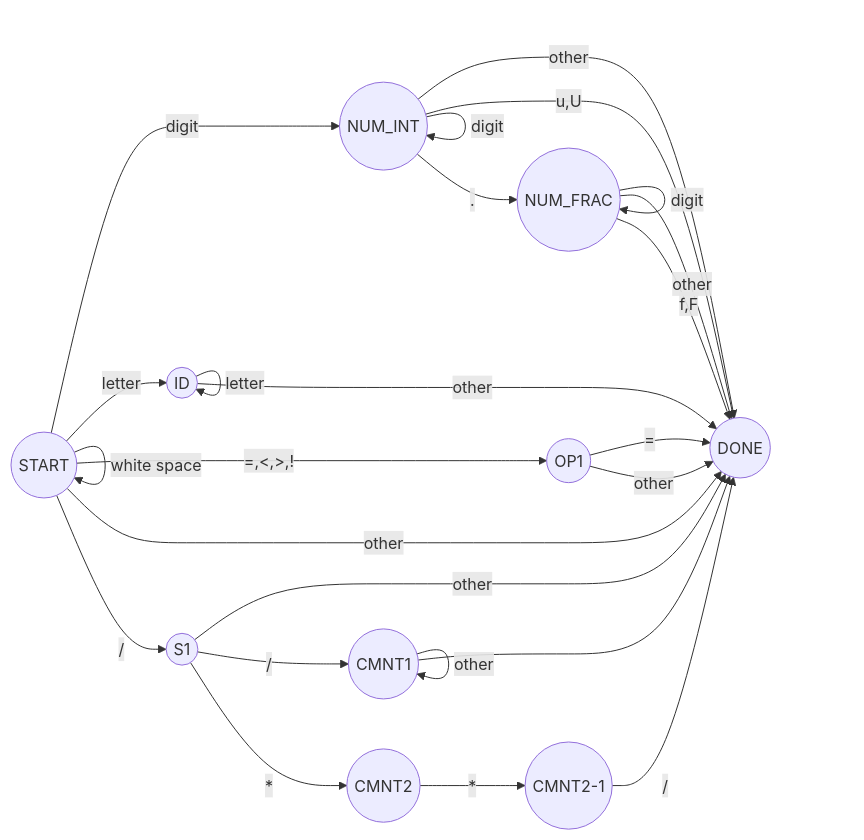
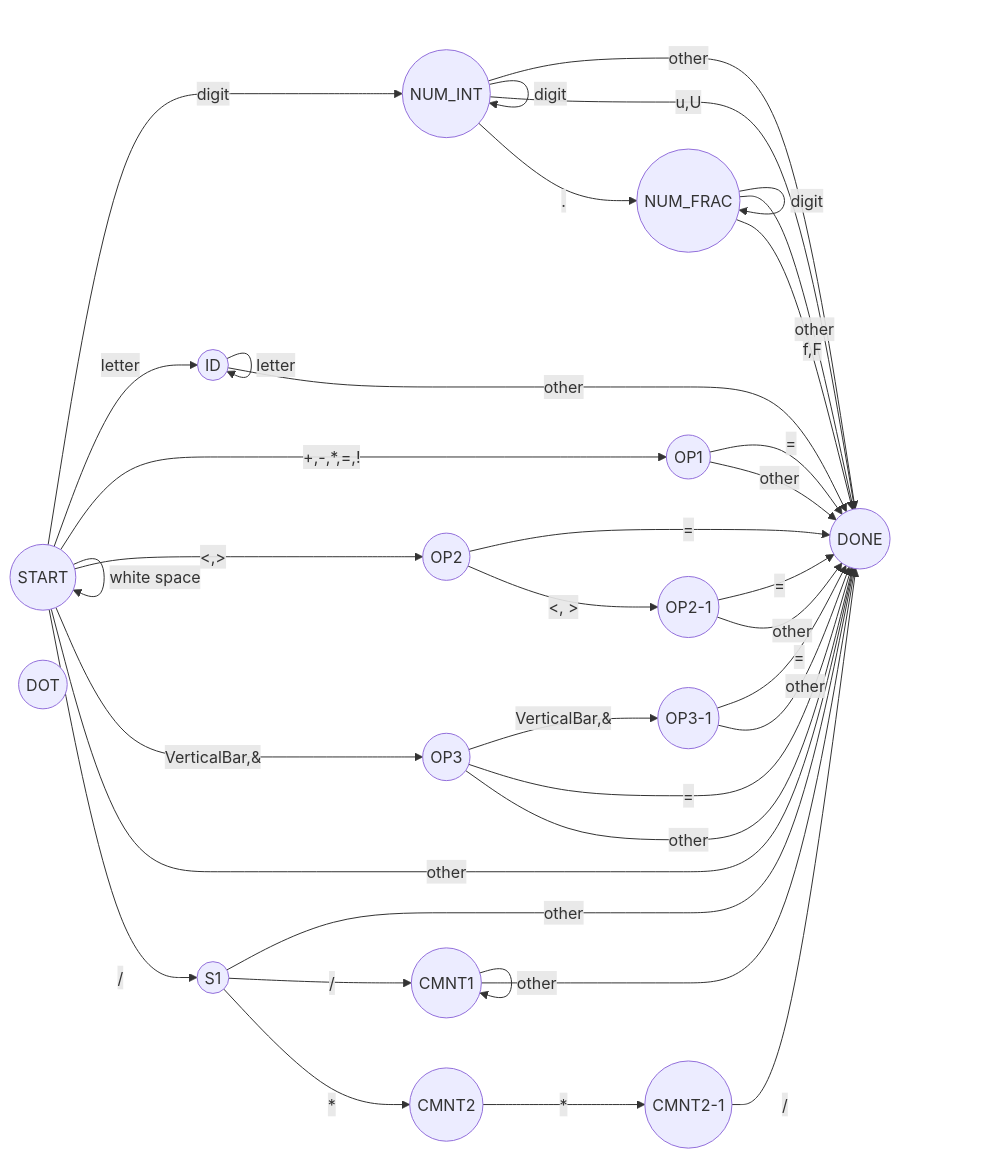
Before and after one commit to trip2eee/compiler: diagram 16 of 16 in doc/2_scanning.md, drawn with Mermaid. The commit also changed other lines of this file and 1 other file, not shown here.

Commit message:
State diagram of scanner is updated.

````diff
--- a/doc/2_scanning.md
+++ b/doc/2_scanning.md
@@ -225,49 +226,67 @@
 ```mermaid
 graph LR
   START(( START ))
   DONE(( DONE ))
   NUM_INT(( NUM_INT ))
   NUM_FRAC(( NUM_FRAC ))
   ID(( ID ))
   S1(( S1 ))
   OP1(( OP1 ))
+  OP2(( OP2 ))
+  OP2-1(( OP2-1 ))
+  OP3(( OP3 ))
+  OP3-1(( OP3-1 ))
+  DOT(( DOT ))
 
   C1(( CMNT1 ))
   C2(( CMNT2 ))
-  C3(( CMNT2-1 ))
+  C2-1(( CMNT2-1 ))
 
   START -- digit --> NUM_INT
   START -- white space --> START
   NUM_INT -- digit --> NUM_INT
   NUM_INT -- other --> DONE
   NUM_INT -- u,U --> DONE
   NUM_INT -- . --> NUM_FRAC
 
   NUM_FRAC -- digit --> NUM_FRAC
   NUM_FRAC -- other --> DONE
   NUM_FRAC -- f,F --> DONE
   
   START -- letter --> ID
   ID -- digit --> ID
   ID -- letter --> ID
   ID -- other --> DONE
 
-  START -- =,<,>,! --> OP1
+  START -- +,-,*,=,! --> OP1
   OP1 -- = --> DONE
   OP1 -- other --> DONE
+
+  START -- <,> --> OP2
+  OP2 -- = --> DONE
+  OP2 -- <, > --> OP2-1
+  OP2-1 -- = --> DONE
+  OP2-1 -- other --> DONE
+  
+  START -- VerticalBar,&--> OP3
+  OP3 -- VerticalBar,&--> OP3-1
+  OP3 -- = --> DONE
+  OP3 -- other --> DONE
+  OP3-1 -- = --> DONE
+  OP3-1 -- other --> DONE
+
 
   START -- other --> DONE
 
   START -- / --> S1
   S1 -- other --> DONE
 
   S1 -- / --> C1
   C1 -- other --> C1
   C1 -- \n --> DONE
 
   S1 -- * --> C2
-  C2 -- * --> C3
-  C3 -- / --> DONE
-
+  C2 -- * --> C2-1
+  C2-1 -- / --> DONE
 
 ```
````
